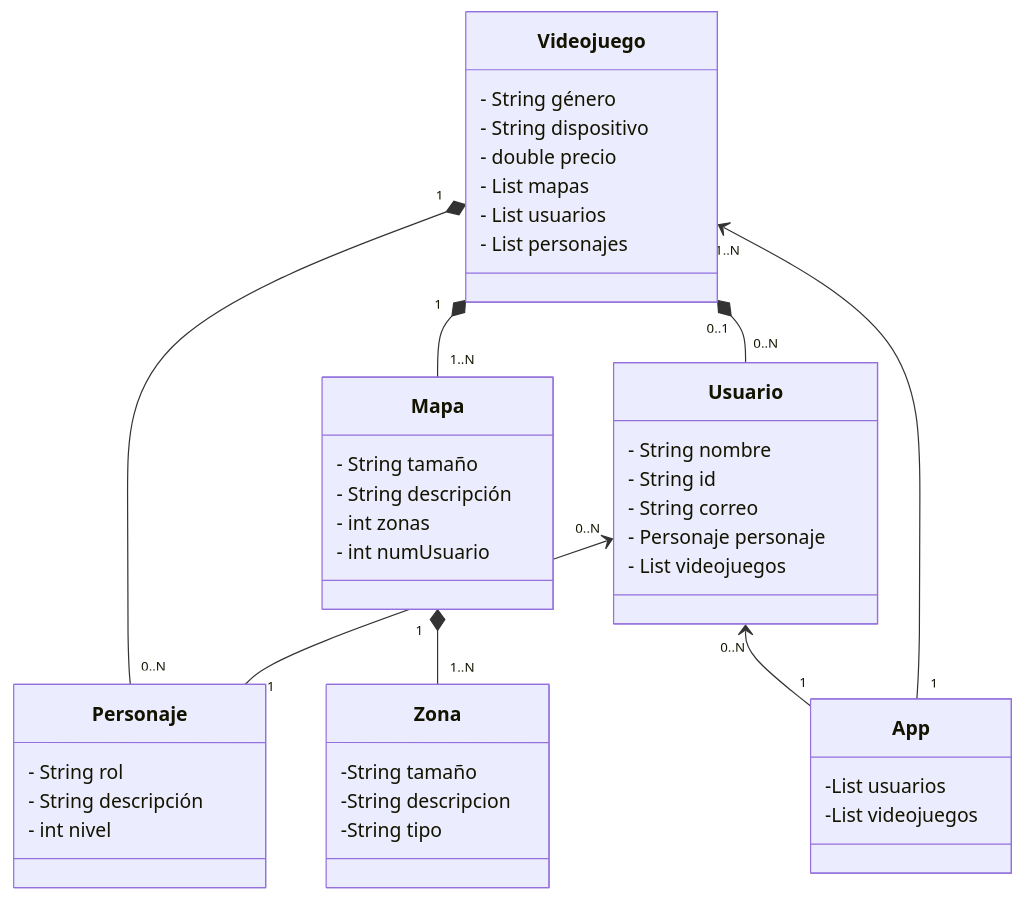
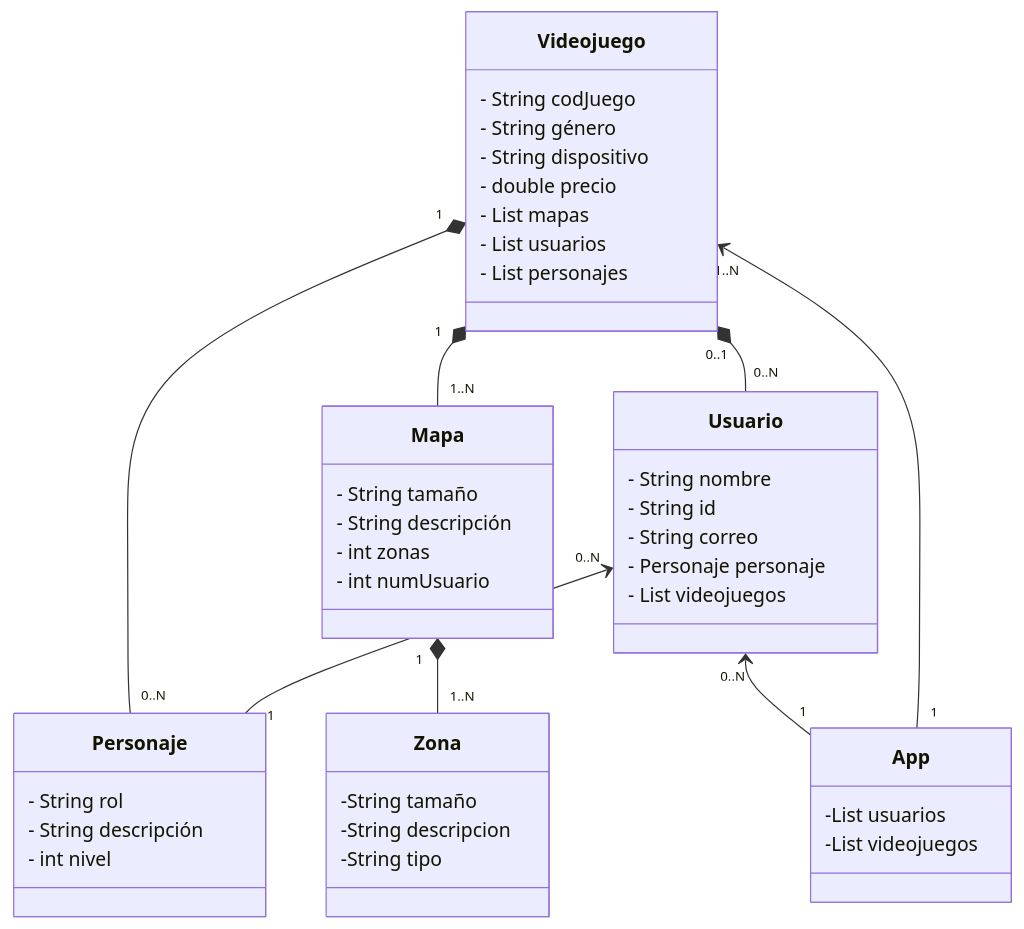
Before and after one commit to AlejandroJ-GS/videojuego: the diagram in doc/digrama_de_clases.md, drawn with Mermaid. The commit also changed 4 other files, not shown here.

````diff
--- a/doc/digrama_de_clases.md
+++ b/doc/digrama_de_clases.md
@@ -1,49 +1,50 @@
 ``` mermaid
 classDiagram
 Usuario "0..N"<--"1" Personaje
 Videojuego "0..1"*--"0..N"Usuario
 Videojuego "1"*--"1..N" Mapa
 Videojuego "1"*--"0..N" Personaje
 Mapa "1"*--"1..N" Zona
 Videojuego "1..N" <-- "1" App
 Usuario "0..N" <-- "1" App
 
 class Usuario{
 - String nombre
 - String id
 - String correo
 - Personaje personaje
 - List <Videojuego> videojuegos
 }
 
 class Personaje{
 - String rol
 - String descripción
 - int nivel
 }
 class Videojuego{
+- String codJuego
 - String género
 - String dispositivo
 - double precio
 - List <Mapa> mapas 
 - List <Usuario> usuarios 
 - List <Personaje> personajes 
 }
 
 class Mapa{
 - String tamaño
 - String descripción
 - int zonas
 - int numUsuario
 }
 
 class Zona{
 -String tamaño
 -String descripcion
 -String tipo
 }
 class App{
 -List <Usuario> usuarios
 -List <Videojuego> videojuegos
 }
 ```
````
